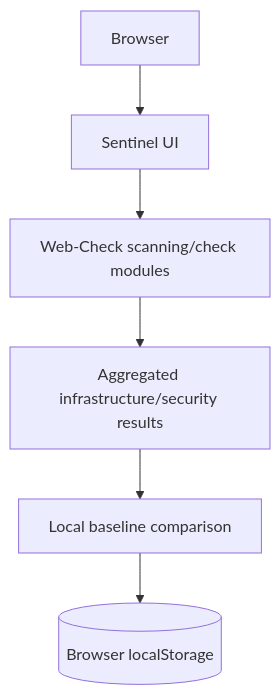
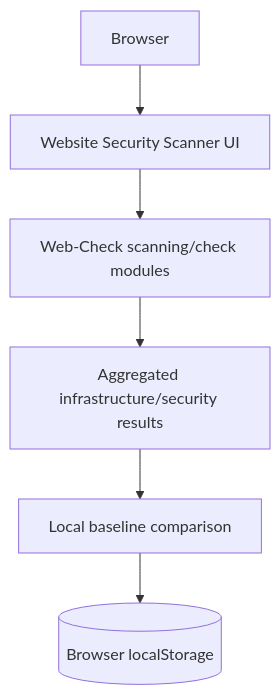
Before and after one commit to abhayjavaregowda/website-security-scanner: the diagram in README.md, drawn with Mermaid. The commit also changed other lines of this file and 34 other files, not shown here.

Commit message:
chore: rename product to Website Security Scanner

````diff
--- a/README.md
+++ b/README.md
@@ -46,8 +46,8 @@
 ```mermaid
 flowchart TD
-  Browser[Browser] --> UI[Sentinel UI]
+  Browser[Browser] --> UI[Website Security Scanner UI]
   UI --> Engine[Web-Check scanning/check modules]
   Engine --> Results[Aggregated infrastructure/security results]
   Results --> Baseline[Local baseline comparison]
   Baseline --> Storage[(Browser localStorage)]
 ```
````
